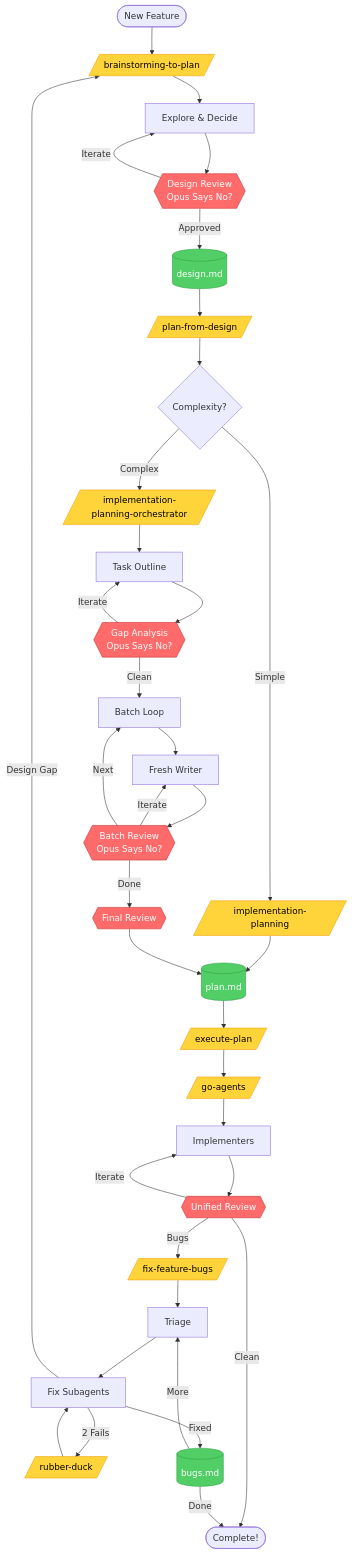
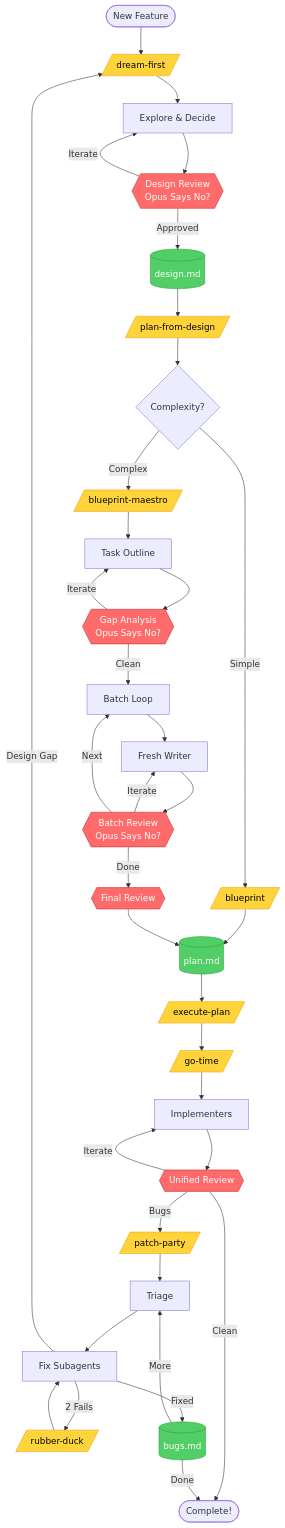
One commit to zachswift615/opus-says-no changed the diagram in README.md. Above: the diagram before and after it, drawn with Mermaid. The commit also changed other lines of this file and 18 other files, not shown here.

````diff
--- a/README.md
+++ b/README.md
@@ -201,52 +216,52 @@
 ```mermaid
 flowchart TD
-    Start([New Feature]) --> Brainstorm[/brainstorming-to-plan/]
-    Brainstorm --> Explore[Explore & Decide]
+    Start([New Feature]) --> DreamFirst[/dream-first/]
+    DreamFirst --> Explore[Explore & Decide]
     Explore --> DesignReview{{Design Review<br/>Opus Says No?}}
     DesignReview -->|Iterate| Explore
     DesignReview -->|Approved| DesignDoc[(design.md)]
 
     DesignDoc --> PlanCmd[/plan-from-design/]
     PlanCmd --> Assess{Complexity?}
 
-    Assess -->|Simple| Simple[/implementation-planning/]
-    Simple --> PlanDoc[(plan.md)]
+    Assess -->|Simple| Blueprint[/blueprint/]
+    Blueprint --> PlanDoc[(plan.md)]
 
-    Assess -->|Complex| Orch[/implementation-planning-orchestrator/]
-    Orch --> Outline[Task Outline]
+    Assess -->|Complex| Maestro[/blueprint-maestro/]
+    Maestro --> Outline[Task Outline]
     Outline --> GapReview{{Gap Analysis<br/>Opus Says No?}}
     GapReview -->|Iterate| Outline
     GapReview -->|Clean| BatchLoop[Batch Loop]
 
     BatchLoop --> Writer[Fresh Writer]
     Writer --> BatchReview{{Batch Review<br/>Opus Says No?}}
     BatchReview -->|Iterate| Writer
     BatchReview -->|Next| BatchLoop
     BatchReview -->|Done| FinalReview{{Final Review}}
     FinalReview --> PlanDoc
 
     PlanDoc --> ExecCmd[/execute-plan/]
-    ExecCmd --> GoAgents[/go-agents/]
-    GoAgents --> Impl[Implementers]
+    ExecCmd --> GoTime[/go-time/]
+    GoTime --> Impl[Implementers]
     Impl --> UnifiedReview{{Unified Review}}
     UnifiedReview -->|Iterate| Impl
-    UnifiedReview -->|Bugs| FixBugs[/fix-feature-bugs/]
+    UnifiedReview -->|Bugs| PatchParty[/patch-party/]
     UnifiedReview -->|Clean| Done([Complete!])
 
-    FixBugs --> Triage[Triage]
+    PatchParty --> Triage[Triage]
     Triage --> FixAgent[Fix Subagents]
     FixAgent -->|2 Fails| RubberDuck[/rubber-duck/]
     RubberDuck --> FixAgent
-    FixAgent -->|Design Gap| Brainstorm
+    FixAgent -->|Design Gap| DreamFirst
     FixAgent -->|Fixed| BugsDoc[(bugs.md)]
     BugsDoc -->|More| Triage
     BugsDoc -->|Done| Done
 
     classDef reviewNode fill:#ff6b6b,stroke:#c92a2a,color:#fff
     classDef cmdNode fill:#ffd43b,stroke:#f59f00,color:#000
     classDef docNode fill:#51cf66,stroke:#2f9e44,color:#fff
 
     class DesignReview,GapReview,BatchReview,FinalReview,UnifiedReview reviewNode
-    class Brainstorm,PlanCmd,Simple,Orch,ExecCmd,GoAgents,FixBugs,RubberDuck cmdNode
+    class DreamFirst,PlanCmd,Blueprint,Maestro,ExecCmd,GoTime,PatchParty,RubberDuck cmdNode
     class DesignDoc,PlanDoc,BugsDoc docNode
 ```
````
